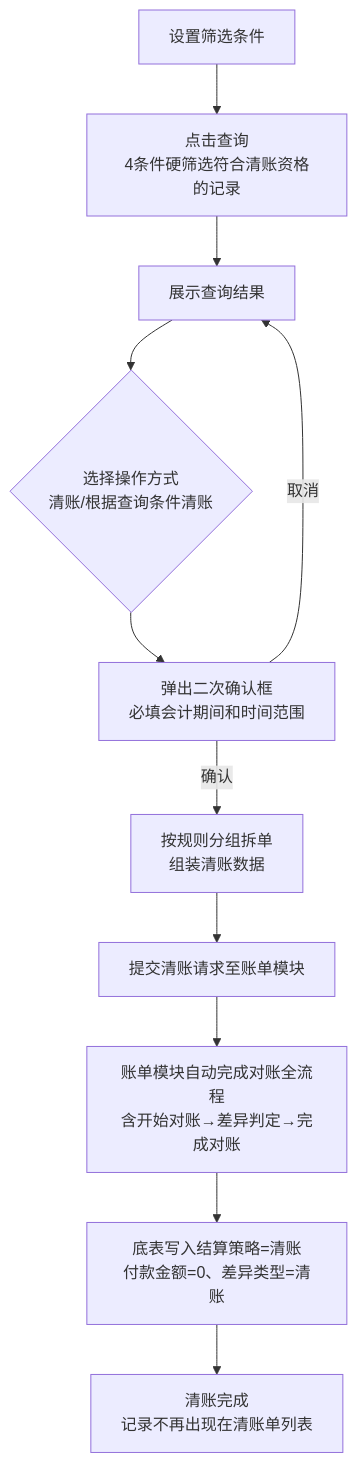
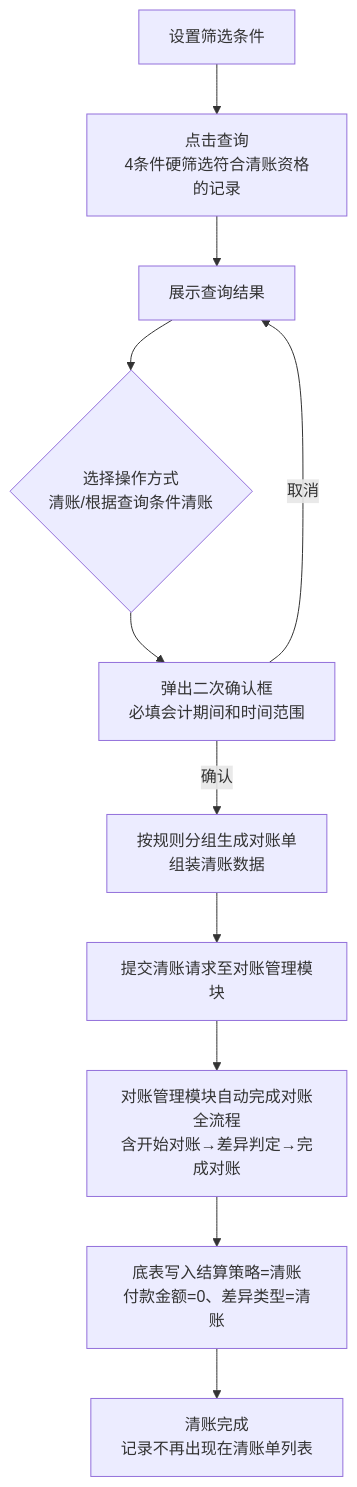
One commit to ljfjzgz/ljfjzgz.github.io changed the diagram in PRDdocs（对账单）/02-清账单/清账单列表.md. Above: the diagram before and after it, drawn with Mermaid. The commit also changed other lines of this file and 11 other files, not shown here.

````diff
--- a/PRDdocs（对账单）/02-清账单/清账单列表.md
+++ b/PRDdocs（对账单）/02-清账单/清账单列表.md
@@ -88,13 +89,13 @@
 ```mermaid
 flowchart TD
     A[设置筛选条件] --> B[点击查询<br/>4条件硬筛选符合清账资格的记录]
     B --> C[展示查询结果]
     C --> D{选择操作方式<br/>清账/根据查询条件清账}
     D --> E[弹出二次确认框<br/>必填会计期间和时间范围]
     E -->|取消| C
-    E -->|确认| F[按规则分组拆单<br/>组装清账数据]
-    F --> G[提交清账请求至账单模块]
-    G --> H[账单模块自动完成对账全流程<br/>含开始对账→差异判定→完成对账]
+    E -->|确认| F[按规则分组生成对账单<br/>组装清账数据]
+    F --> G[提交清账请求至对账管理模块]
+    G --> H[对账管理模块自动完成对账全流程<br/>含开始对账→差异判定→完成对账]
     H --> I[底表写入结算策略=清账<br/>付款金额=0、差异类型=清账]
     I --> J[清账完成<br/>记录不再出现在清账单列表]
 ```
````
